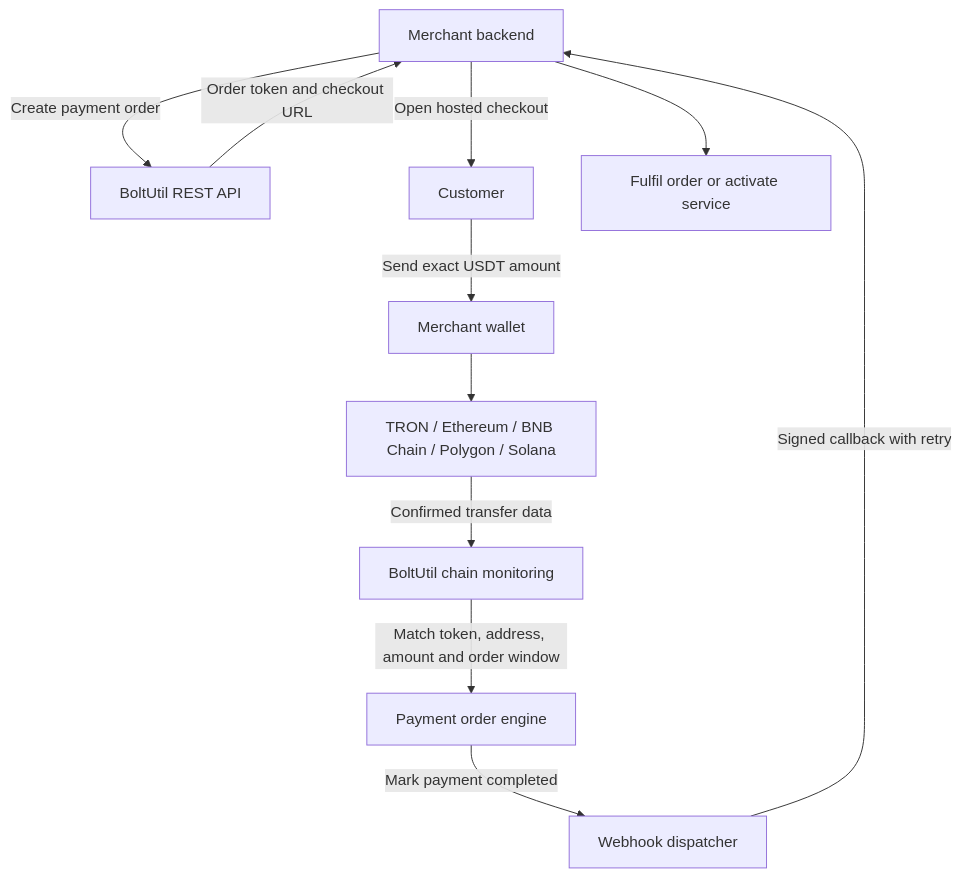
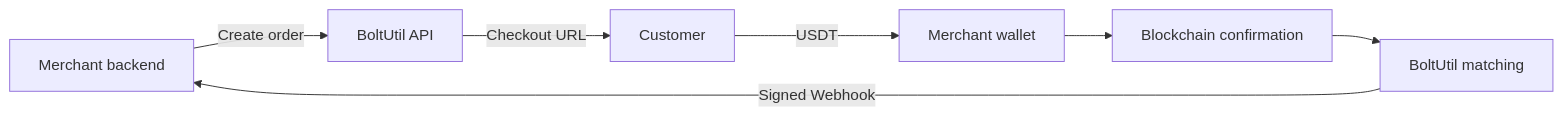
Before and after one commit to changye0413/BoltUtil: the diagram in README.md, drawn with Mermaid. The commit also changed other lines of this file and 10 other files, not shown here.

````diff
--- a/README.md
+++ b/README.md
@@ -87,13 +74,9 @@
 ```mermaid
-flowchart TD
-    A["Merchant backend"] -->|"Create payment order"| B["BoltUtil REST API"]
-    B -->|"Order token and checkout URL"| A
-    A -->|"Open hosted checkout"| C["Customer"]
-    C -->|"Send exact USDT amount"| D["Merchant wallet"]
-    D --> E["TRON / Ethereum / BNB Chain / Polygon / Solana"]
-    E -->|"Confirmed transfer data"| F["BoltUtil chain monitoring"]
-    F -->|"Match token, address, amount and order window"| G["Payment order engine"]
-    G -->|"Mark payment completed"| H["Webhook dispatcher"]
-    H -->|"Signed callback with retry"| A
-    A --> I["Fulfil order or activate service"]
+flowchart LR
+    A[Merchant backend] -->|Create order| B[BoltUtil API]
+    B -->|Checkout URL| C[Customer]
+    C -->|USDT| D[Merchant wallet]
+    D --> E[Blockchain confirmation]
+    E --> F[BoltUtil matching]
+    F -->|Signed Webhook| A
 ```
````
